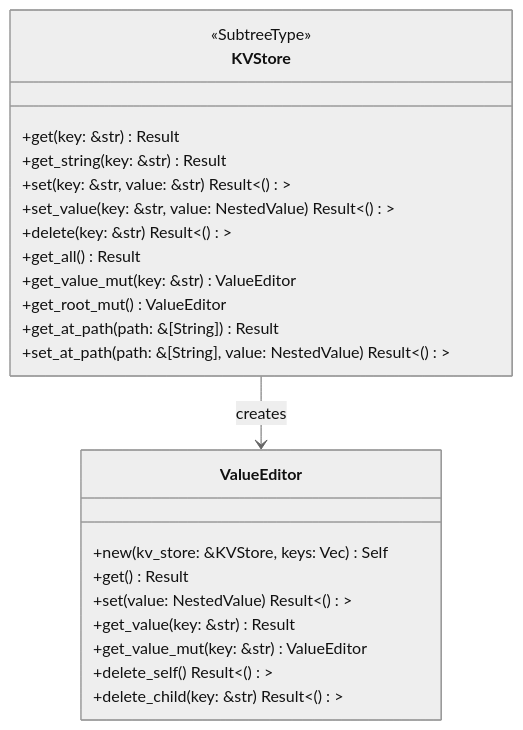
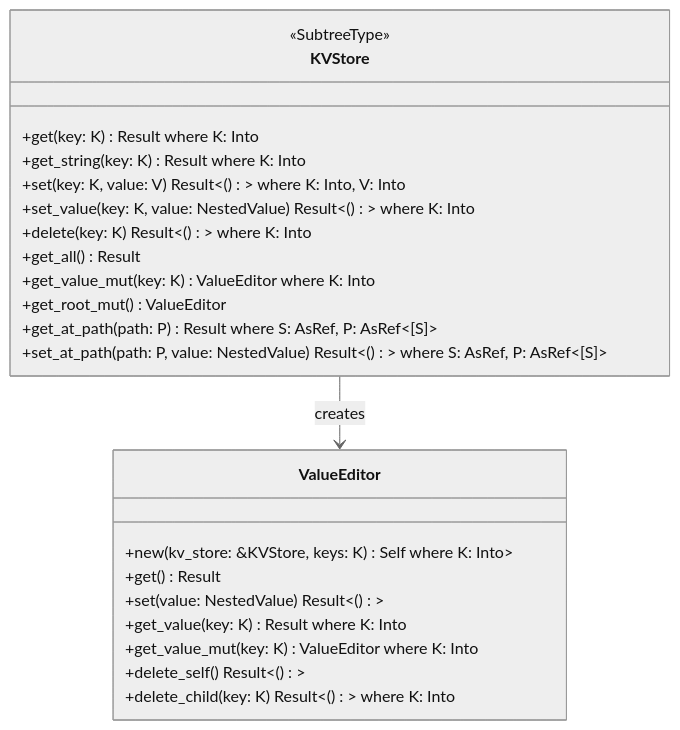
The second of 2 diagrams in docs/src/internal/core_components/subtrees.md (arcuru/eidetica), drawn with Mermaid (neutral theme) before and after one commit. The commit also changed other lines of this file and 2 other files, not shown here.

Commit message:
refactor(api): enhance KVStore API with generic type parameters
Improves the KVStore API by using generic type parameters with trait bounds
instead of concrete types. All methods that previously required `&str` now
accept any type that implements `Into<String>`, making the API more flexible
and ergonomic.

````diff
--- a/docs/src/internal/core_components/subtrees.md
+++ b/docs/src/internal/core_components/subtrees.md
@@ -64,28 +64,28 @@
 ```mermaid
 classDiagram
     class KVStore {
         <<SubtreeType>>
-        +get(key: &str) Result<NestedValue>
-        +get_string(key: &str) Result<String>
-        +set(key: &str, value: &str) Result<()>
-        +set_value(key: &str, value: NestedValue) Result<()>
-        +delete(key: &str) Result<()>
+        +get<K>(key: K) Result<NestedValue> where K: Into<String>
+        +get_string<K>(key: K) Result<String> where K: Into<String>
+        +set<K, V>(key: K, value: V) Result<()> where K: Into<String>, V: Into<String>
+        +set_value<K>(key: K, value: NestedValue) Result<()> where K: Into<String>
+        +delete<K>(key: K) Result<()> where K: Into<String>
         +get_all() Result<KVNested>
-        +get_value_mut(key: &str) ValueEditor
+        +get_value_mut<K>(key: K) ValueEditor where K: Into<String>
         +get_root_mut() ValueEditor
-        +get_at_path(path: &[String]) Result<NestedValue>
-        +set_at_path(path: &[String], value: NestedValue) Result<()>
+        +get_at_path<S, P>(path: P) Result<NestedValue> where S: AsRef<str>, P: AsRef<[S]>
+        +set_at_path<S, P>(path: P, value: NestedValue) Result<()> where S: AsRef<str>, P: AsRef<[S]>
     }
 
     class ValueEditor {
-        +new(kv_store: &KVStore, keys: Vec<String>) Self
+        +new<K>(kv_store: &KVStore, keys: K) Self where K: Into<Vec<String>>
         +get() Result<NestedValue>
         +set(value: NestedValue) Result<()>
-        +get_value(key: &str) Result<NestedValue>
-        +get_value_mut(key: &str) ValueEditor
+        +get_value<K>(key: K) Result<NestedValue> where K: Into<String>
+        +get_value_mut<K>(key: K) ValueEditor where K: Into<String>
         +delete_self() Result<()>
-        +delete_child(key: &str) Result<()>
+        +delete_child<K>(key: K) Result<()> where K: Into<String>
     }
 
     KVStore --> ValueEditor : creates
 ```
````
